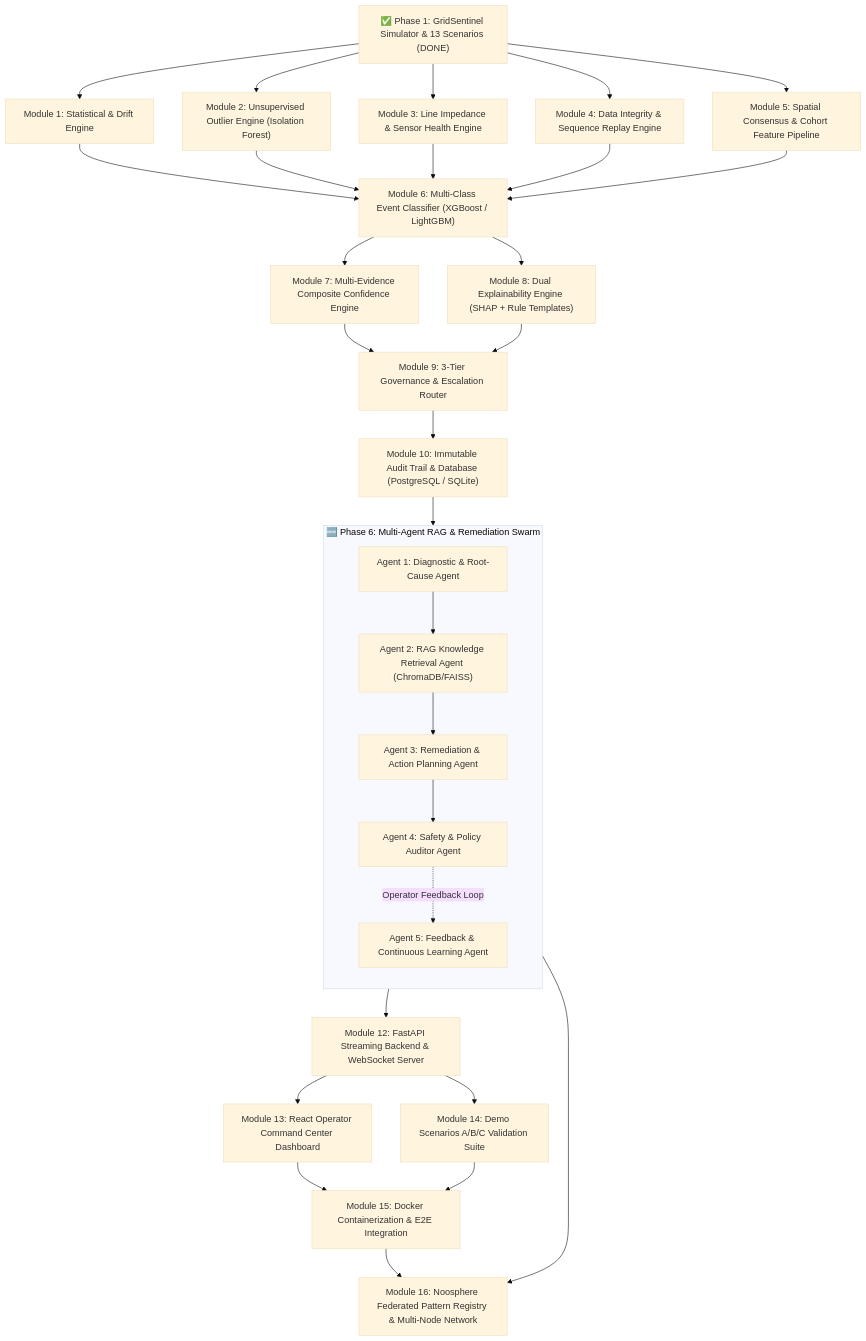
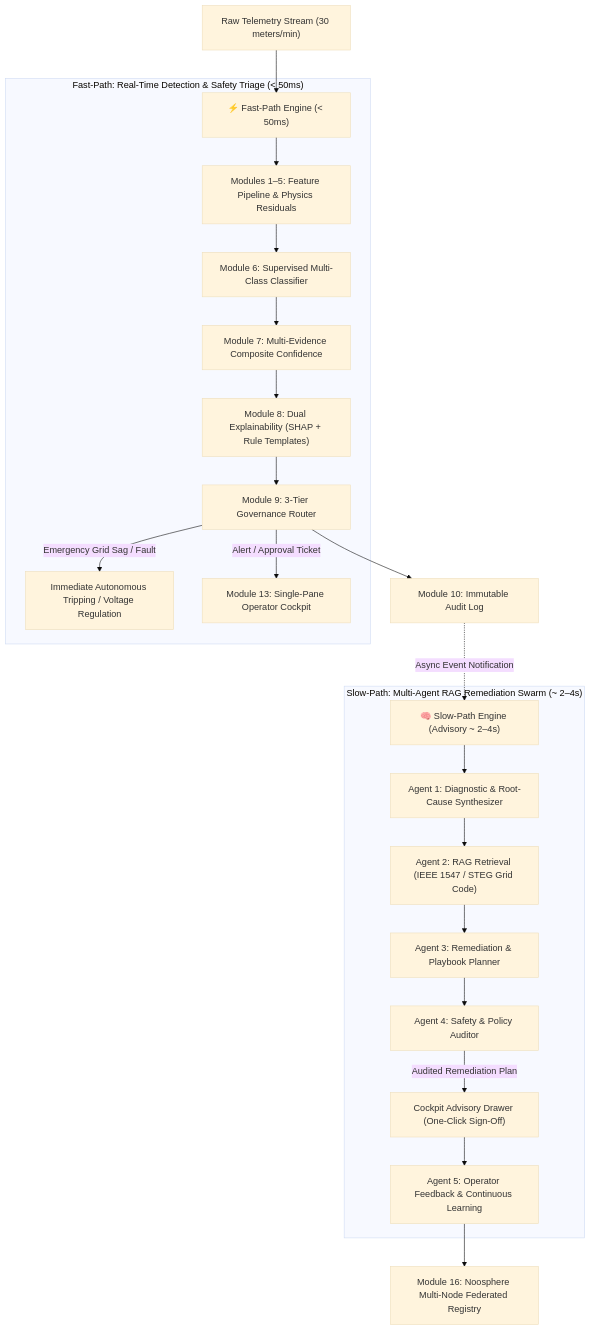
Before and after one commit to khaled214566/TSYP-PES: the first of 2 diagrams in EnergyMind_Execution_Plan.md, drawn with Mermaid (base theme). The commit also changed other lines of this file, not shown here.

````diff
--- a/EnergyMind_Execution_Plan.md
+++ b/EnergyMind_Execution_Plan.md
@@ -10,44 +27,28 @@
 ```mermaid
 flowchart TD
-    P1["✅ Phase 1: GridSentinel Simulator & 13 Scenarios (DONE)"]
-    M1["Module 1: Statistical & Drift Engine"]
-    M2["Module 2: Unsupervised Outlier Engine (Isolation Forest)"]
-    M3["Module 3: Line Impedance & Sensor Health Engine"]
-    M4["Module 4: Data Integrity & Sequence Replay Engine"]
-    M5["Module 5: Spatial Consensus & Cohort Feature Pipeline"]
-    M6["Module 6: Multi-Class Event Classifier (XGBoost / LightGBM)"]
-    M7["Module 7: Multi-Evidence Composite Confidence Engine"]
-    M8["Module 8: Dual Explainability Engine (SHAP + Rule Templates)"]
-    M9["Module 9: 3-Tier Governance & Escalation Router"]
-    M10["Module 10: Immutable Audit Trail & Database (PostgreSQL / SQLite)"]
+    Raw["Raw Telemetry Stream (30 meters/min)"] --> FP["⚡ Fast-Path Engine (< 50ms)"]
     
-    subgraph MultiAgentLayer["🆕 Phase 6: Multi-Agent RAG & Remediation Swarm"]
-        direction TB
-        AG1["Agent 1: Diagnostic & Root-Cause Agent"]
-        AG2["Agent 2: RAG Knowledge Retrieval Agent (ChromaDB/FAISS)"]
-        AG3["Agent 3: Remediation & Action Planning Agent"]
-        AG4["Agent 4: Safety & Policy Auditor Agent"]
-        AG5["Agent 5: Feedback & Continuous Learning Agent"]
-        
-        AG1 --> AG2 --> AG3 --> AG4
-        AG4 -.->|Operator Feedback Loop| AG5
+    subgraph FastPath["Fast-Path: Real-Time Detection & Safety Triage (< 50ms)"]
+        FP --> M1_5["Modules 1–5: Feature Pipeline & Physics Residuals"]
+        M1_5 --> M6["Module 6: Supervised Multi-Class Classifier"]
+        M6 --> M7["Module 7: Multi-Evidence Composite Confidence"]
+        M7 --> M8["Module 8: Dual Explainability (SHAP + Rule Templates)"]
+        M8 --> M9["Module 9: 3-Tier Governance Router"]
+        M9 -->|Emergency Grid Sag / Fault| AutoTrip["Immediate Autonomous Tripping / Voltage Regulation"]
+        M9 -->|Alert / Approval Ticket| Cockpit["Module 13: Single-Pane Operator Cockpit"]
     end
 
-    M11["Module 12: FastAPI Streaming Backend & WebSocket Server"]
-    M12["Module 13: React Operator Command Center Dashboard"]
-    M13["Module 14: Demo Scenarios A/B/C Validation Suite"]
-    M15["Module 15: Docker Containerization & E2E Integration"]
-    M16["Module 16: Noosphere Federated Pattern Registry & Multi-Node Network"]
+    M9 --> M10["Module 10: Immutable Audit Log"]
+    M10 -.->|Async Event Notification| SP["🧠 Slow-Path Engine (Advisory ~ 2–4s)"]
 
-    P1 --> M1 & M2 & M3 & M4 & M5
-    M1 & M2 & M3 & M4 & M5 --> M6
-    M6 --> M7 & M8
-    M7 & M8 --> M9
-    M9 --> M10
-    M10 --> AG1
-    AG4 --> M11
-    AG5 --> M16
-    M11 --> M12 & M13
-    M12 & M13 --> M15
-    M15 --> M16
+    subgraph SlowPath["Slow-Path: Multi-Agent RAG Remediation Swarm (~ 2–4s)"]
+        SP --> AG1["Agent 1: Diagnostic & Root-Cause Synthesizer"]
+        AG1 --> AG2["Agent 2: RAG Retrieval (IEEE 1547 / STEG Grid Code)"]
+        AG2 --> AG3["Agent 3: Remediation & Playbook Planner"]
+        AG3 --> AG4["Agent 4: Safety & Policy Auditor"]
+        AG4 -->|Audited Remediation Plan| CockpitDrawer["Cockpit Advisory Drawer (One-Click Sign-Off)"]
+        CockpitDrawer --> AG5["Agent 5: Operator Feedback & Continuous Learning"]
+    end
+
+    AG5 --> M16["Module 16: Noosphere Multi-Node Federated Registry"]
 ```
````
